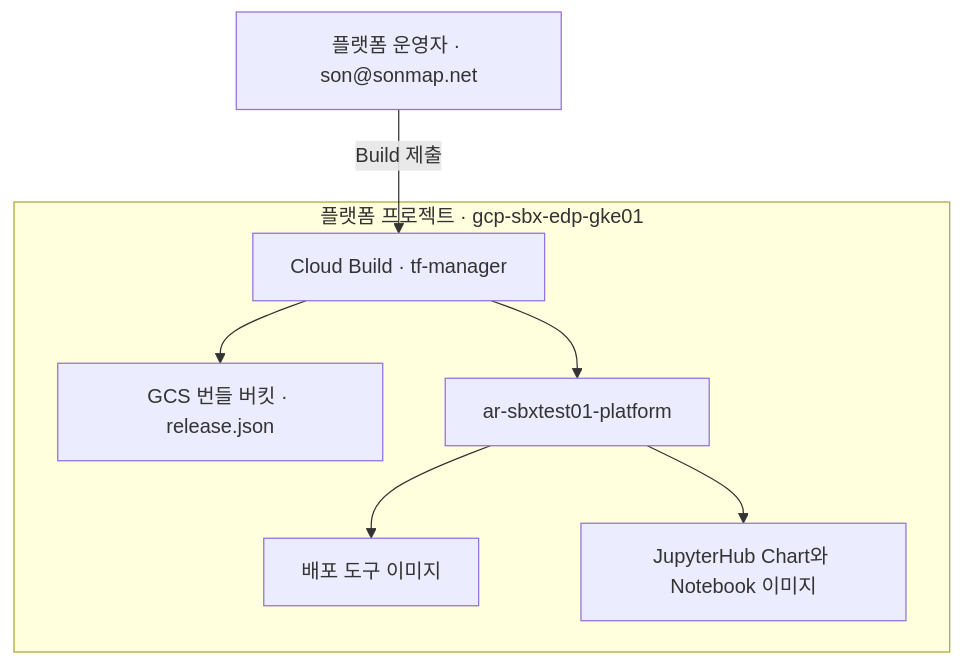
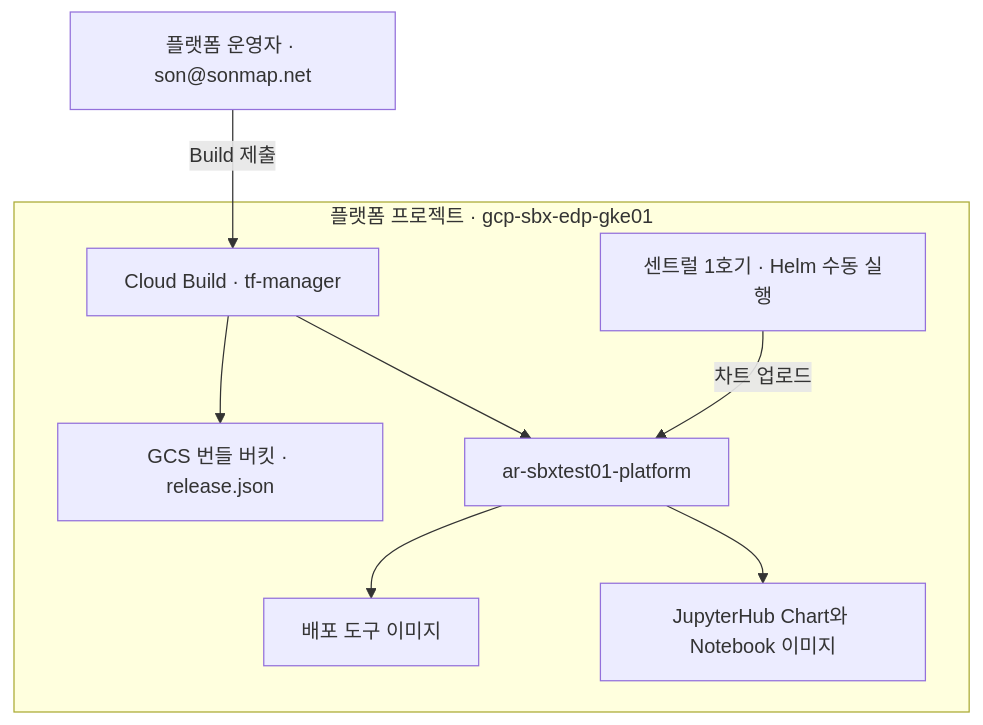
One commit to sonmap/GCP_SBX_Test01 changed the sixth of 7 diagrams in 01.docs/01-infra-setup.md. Above: the diagram before and after it, drawn with Mermaid. The commit also changed other lines of this file and 8 other files, not shown here.

Commit message:
Import JupyterHub Helm chart manually from Central 1

````diff
--- a/01.docs/01-infra-setup.md
+++ b/01.docs/01-infra-setup.md
@@ -644,10 +644,11 @@
 ```mermaid
 flowchart TD
     O["플랫폼 운영자 · son@sonmap.net"] -->|Build 제출| B
     subgraph P["플랫폼 프로젝트 · gcp-sbx-edp-gke01"]
       B["Cloud Build · tf-manager"] --> G["GCS 번들 버킷 · release.json"]
       B --> A["ar-sbxtest01-platform"]
       A --> R["배포 도구 이미지"]
       A --> C["JupyterHub Chart와 Notebook 이미지"]
+      VM["센트럴 1호기 · Helm 수동 실행"] -->|차트 업로드| A
     end
 ```
````
